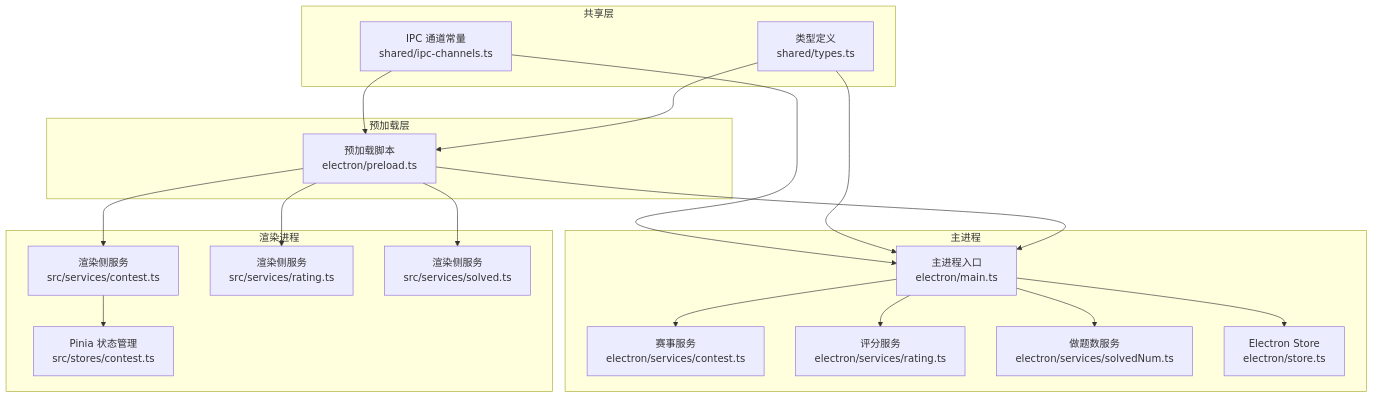
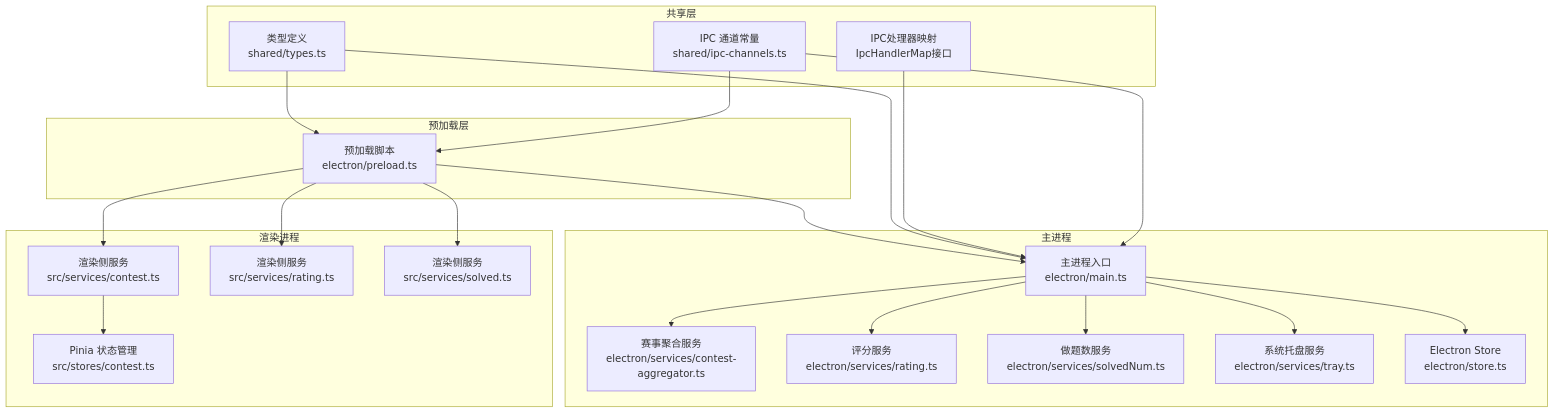
Before and after one commit to Siborne/OJFlow: the first of 3 diagrams in .qoder/repowiki/zh/content/架构设计/IPC通信机制.md, drawn with Mermaid. The commit also changed other lines of this file and 23 other files, not shown here.

````diff
--- a/.qoder/repowiki/zh/content/架构设计/IPC通信机制.md
+++ b/.qoder/repowiki/zh/content/架构设计/IPC通信机制.md
@@ -46,36 +58,40 @@
 ```mermaid
 graph TB
 subgraph "共享层"
 CH["IPC 通道常量<br/>shared/ipc-channels.ts"]
 TYPES["类型定义<br/>shared/types.ts"]
+IpcHandlerMap["IPC处理器映射<br/>IpcHandlerMap接口"]
 end
 subgraph "主进程"
 MAIN["主进程入口<br/>electron/main.ts"]
-SVC_CONTEST["赛事服务<br/>electron/services/contest.ts"]
+SVC_CONTEST["赛事聚合服务<br/>electron/services/contest-aggregator.ts"]
 SVC_RATING["评分服务<br/>electron/services/rating.ts"]
 SVC_SOLVED["做题数服务<br/>electron/services/solvedNum.ts"]
+TRAY["系统托盘服务<br/>electron/services/tray.ts"]
 ESTORE["Electron Store<br/>electron/store.ts"]
 end
 subgraph "预加载层"
 PRELOAD["预加载脚本<br/>electron/preload.ts"]
 end
 subgraph "渲染进程"
 RND_CONTSVC["渲染侧服务<br/>src/services/contest.ts"]
 RND_RATINGSVC["渲染侧服务<br/>src/services/rating.ts"]
 RND_SOLVEDSVC["渲染侧服务<br/>src/services/solved.ts"]
 STORE["Pinia 状态管理<br/>src/stores/contest.ts"]
 end
 CH --> MAIN
 CH --> PRELOAD
+IpcHandlerMap --> MAIN
 TYPES --> MAIN
 TYPES --> PRELOAD
 PRELOAD --> MAIN
 MAIN --> SVC_CONTEST
 MAIN --> SVC_RATING
 MAIN --> SVC_SOLVED
+MAIN --> TRAY
 MAIN --> ESTORE
 PRELOAD --> RND_CONTSVC
 PRELOAD --> RND_RATINGSVC
 PRELOAD --> RND_SOLVEDSVC
 RND_CONTSVC --> STORE
 ```
````
